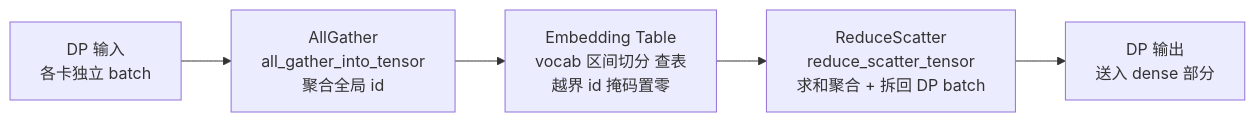
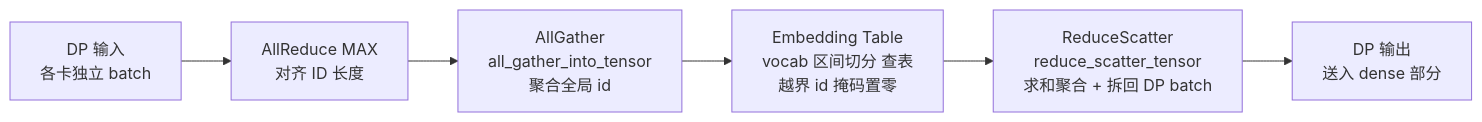
One commit to Atlas-Ascend-Fork/cannbot-knowledge changed the diagram in knowledge/model/inference/concepts/parallelism/embedding_tp.md. Above: the diagram before and after it, drawn with Mermaid. The commit also changed other lines of this file and 441 other files, not shown here.

````diff
--- a/knowledge/model/inference/concepts/parallelism/embedding_tp.md
+++ b/knowledge/model/inference/concepts/parallelism/embedding_tp.md
@@ -47,7 +51,8 @@
 ```mermaid
 flowchart LR
- DP_in[DP 输入<br/>各卡独立 batch] --> AllGather[AllGather<br/>all_gather_into_tensor<br/>聚合全局 id]
+ DP_in[DP 输入<br/>各卡独立 batch] --> Len[AllReduce MAX<br/>对齐 ID 长度]
+ Len --> AllGather[AllGather<br/>all_gather_into_tensor<br/>聚合全局 id]
  AllGather --> TP_lookup[Embedding Table<br/>vocab 区间切分 查表<br/>越界 id 掩码置零]
  TP_lookup --> ReduceScatter[ReduceScatter<br/>reduce_scatter_tensor<br/>求和聚合 + 拆回 DP batch]
  ReduceScatter --> DP_out[DP 输出<br/>送入 dense 部分]
 ```
````
